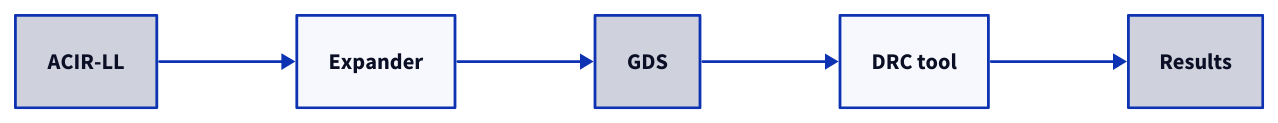
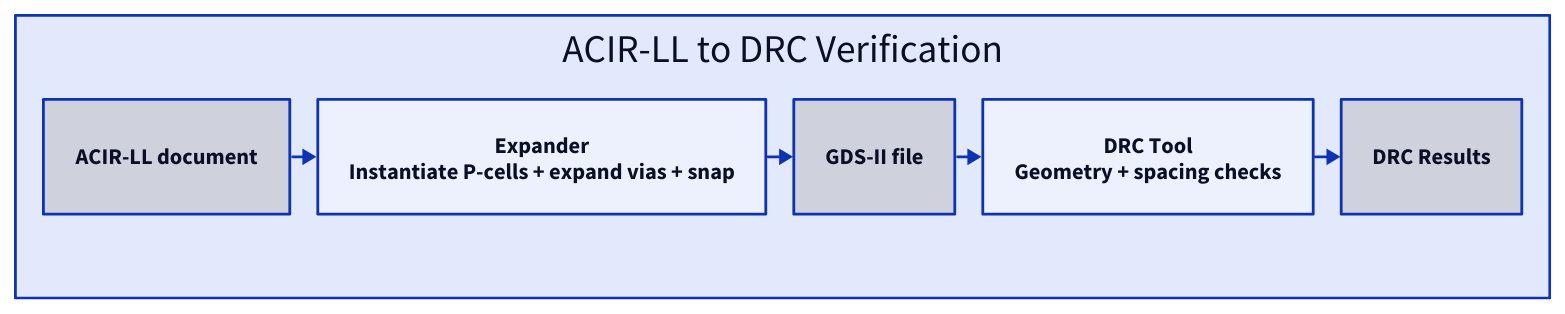
The diagram in docs/rfcs/resources/0001/drc.d2 (daniellovell/cascode), drawn with D2 before and after one commit. The commit also changed 3 other files, not shown here. The source asks for the TALA layout; these drawings use dagre instead.

```diff
--- a/docs/rfcs/resources/0001/drc.d2
+++ b/docs/rfcs/resources/0001/drc.d2
@@ -1,15 +1,14 @@
-vars: {
-  d2-config: {
-    layout-engine: tala
-  }
+direction: right
+
+pipeline: "ACIR-LL to DRC Verification" {
+  grid-columns: 5
+  horizontal-gap: 20
+
+  acir: "ACIR-LL document" {style.fill: "#cfd2dd"}
+  expander: "Expander\nInstantiate P-cells + expand vias + snap"
+  gds: "GDS-II file" {style.fill: "#cfd2dd"}
+  drc: "DRC Tool\nGeometry + spacing checks"
+  results: "DRC Results" {style.fill: "#cfd2dd"}
 }
 
-direction: right
-
-acir: "ACIR-LL" {style.fill: "#cfd2dd"}
-expander: "Expander"
-gds: "GDS" {style.fill: "#cfd2dd"}
-drc: "DRC tool"
-results: "Results" {style.fill: "#cfd2dd"}
-
-acir -> expander -> gds -> drc -> results
+pipeline.acir -> pipeline.expander -> pipeline.gds -> pipeline.drc -> pipeline.results
```
